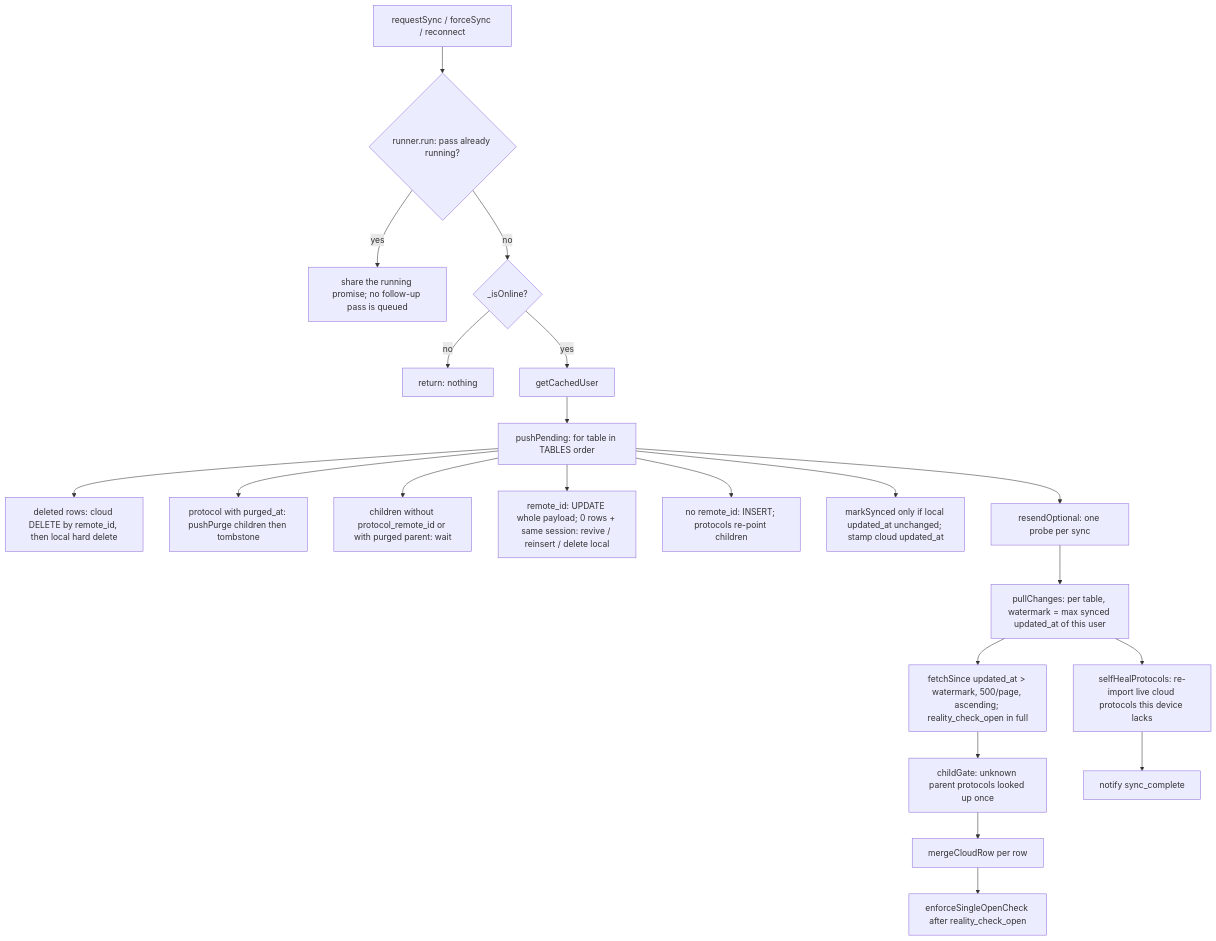
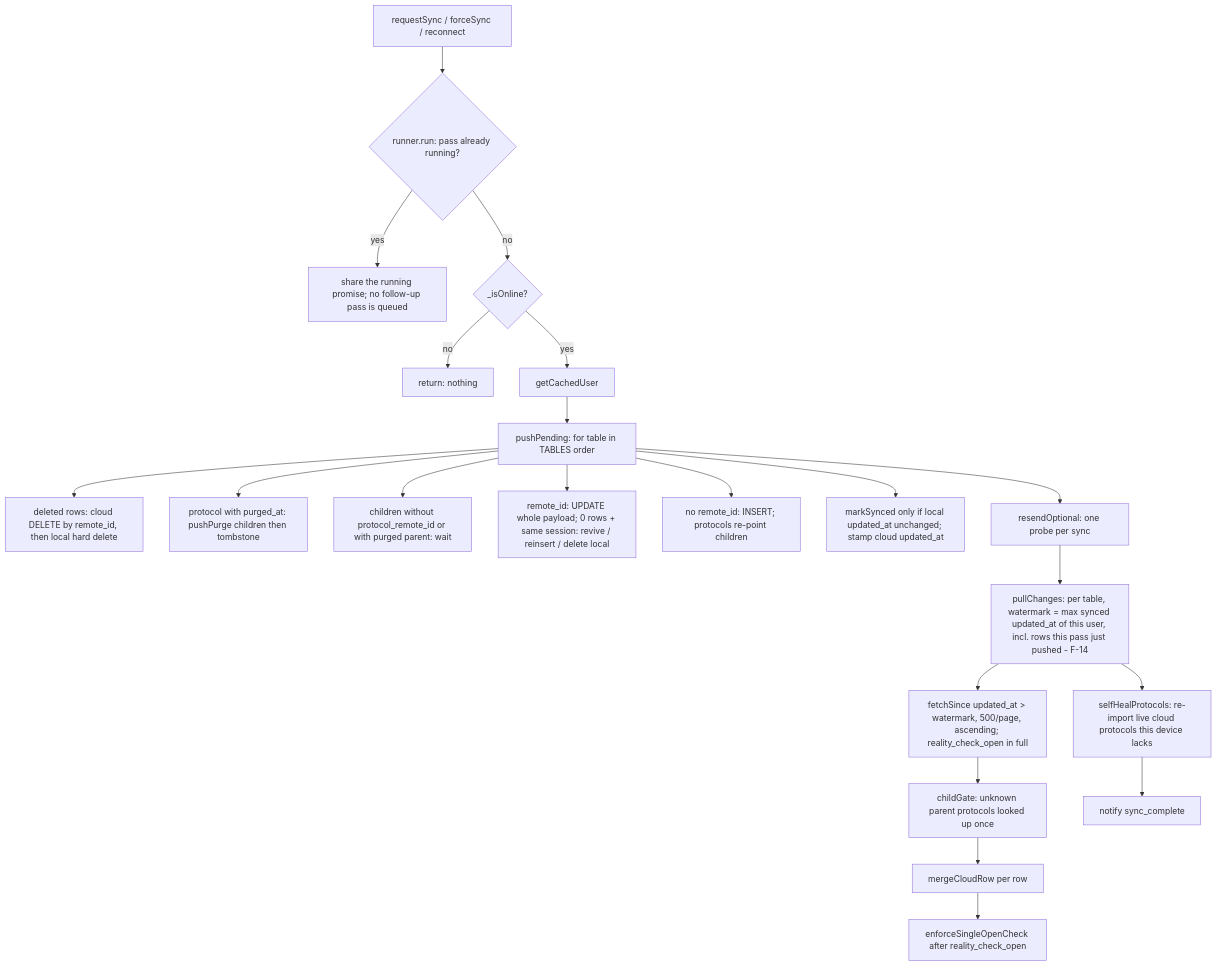
Before and after one commit to evandroviskis/dosetrace: the fourth of 4 diagrams in docs/product/TRD.md, drawn with Mermaid. The commit also changed other lines of this file and 26 other files, not shown here.

Commit message:
docs/product: round-2 corrections propagated to PRD (G-1..G-233), TRD + dossiers, flows + Portuguese picture from the final registers; 105 diagrams parse; zero stale ids

````diff
--- a/docs/product/TRD.md
+++ b/docs/product/TRD.md
@@ -465,23 +467,23 @@
 ```mermaid
 flowchart TD
   A[requestSync / forceSync / reconnect] --> B{runner.run: pass already running?}
   B -- yes --> B1[share the running promise; no follow-up pass is queued]
   B -- no --> C{_isOnline?}
   C -- no --> Z[return: nothing]
   C -- yes --> D[getCachedUser]
   D --> E[pushPending: for table in TABLES order]
   E --> E1[deleted rows: cloud DELETE by remote_id, then local hard delete]
   E --> E2[protocol with purged_at: pushPurge children then tombstone]
   E --> E3[children without protocol_remote_id or with purged parent: wait]
   E --> E4[remote_id: UPDATE whole payload; 0 rows + same session: revive / reinsert / delete local]
   E --> E5[no remote_id: INSERT; protocols re-point children]
   E --> E6[markSynced only if local updated_at unchanged; stamp cloud updated_at]
   E --> F[resendOptional: one probe per sync]
-  F --> G[pullChanges: per table, watermark = max synced updated_at of this user]
+  F --> G[pullChanges: per table, watermark = max synced updated_at of this user, incl. rows this pass just pushed - F-14]
   G --> G1[fetchSince updated_at > watermark, 500/page, ascending; reality_check_open in full]
   G1 --> G2[childGate: unknown parent protocols looked up once]
   G2 --> G3[mergeCloudRow per row]
   G3 --> G4[enforceSingleOpenCheck after reality_check_open]
   G --> H[selfHealProtocols: re-import live cloud protocols this device lacks]
   H --> I[notify sync_complete]
 ```
````
